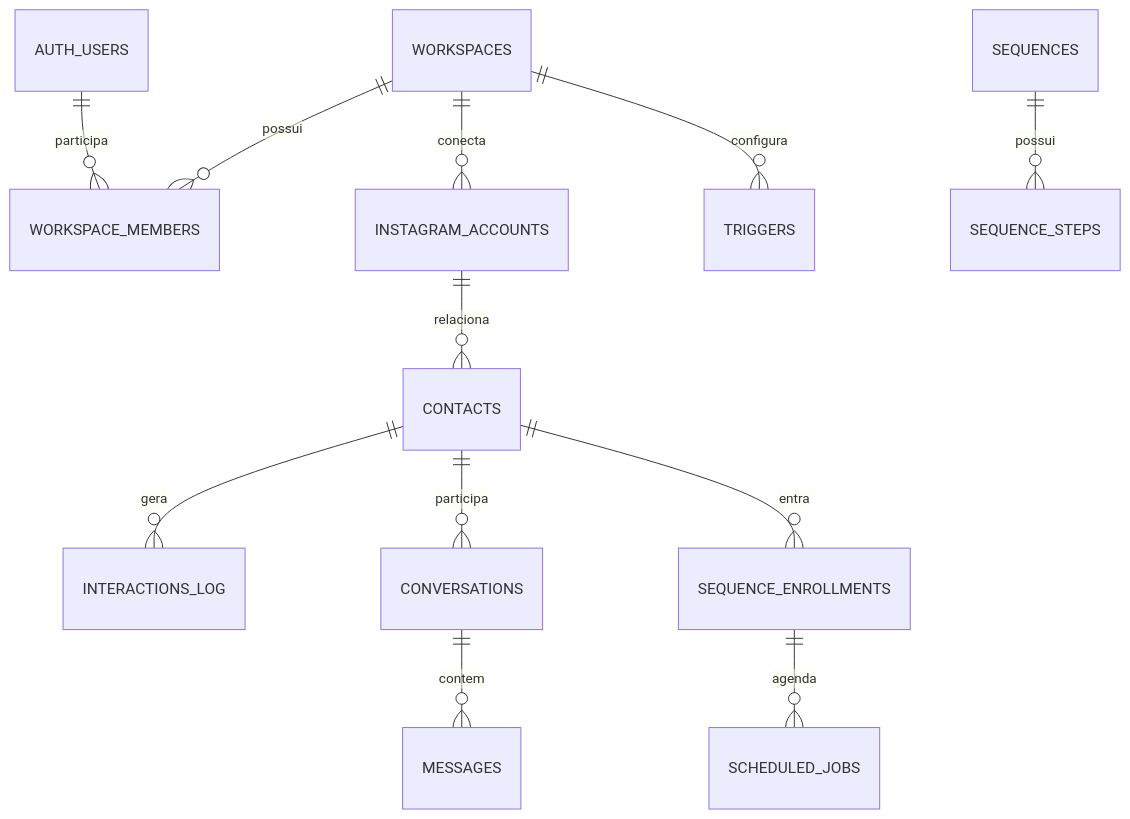
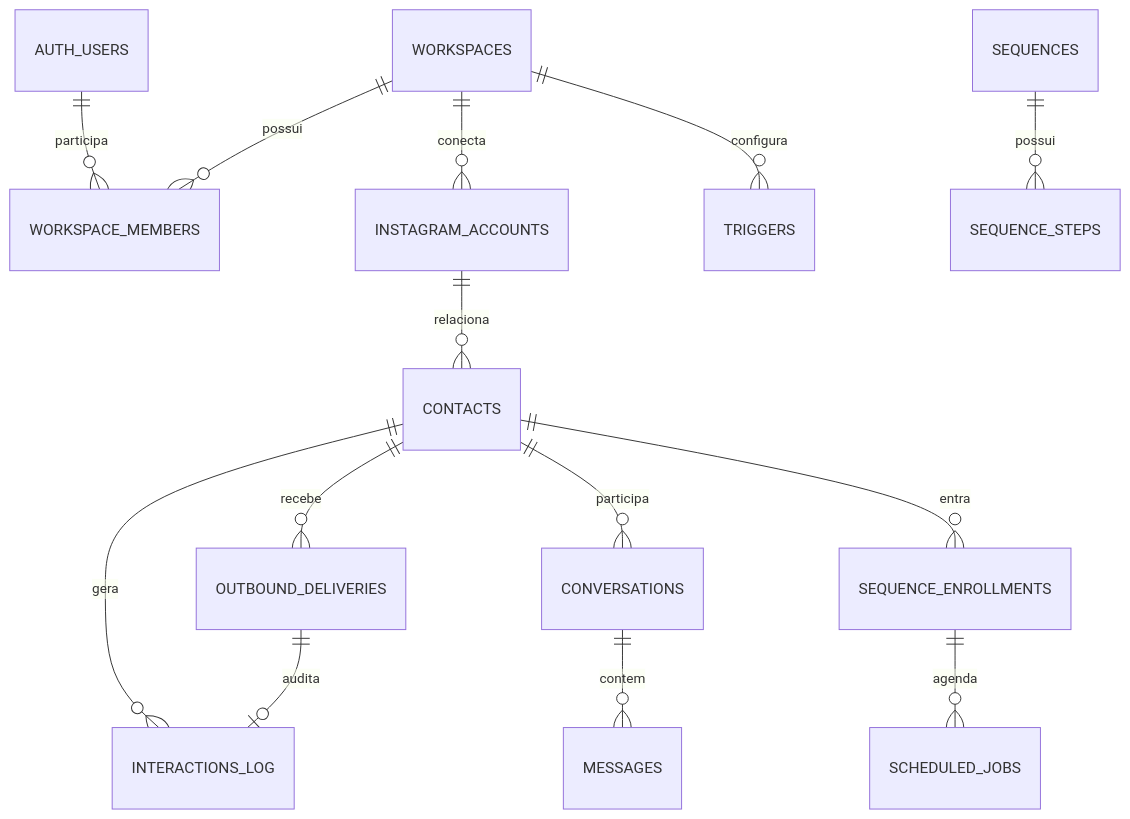
The diagram in docs/BANCO_DE_DADOS.md (ShunWalChin/WalChat), drawn with Mermaid before and after one commit. The commit also changed other lines of this file and 94 other files, not shown here.

````diff
--- a/docs/BANCO_DE_DADOS.md
+++ b/docs/BANCO_DE_DADOS.md
@@ -7,14 +7,16 @@
 ```mermaid
 erDiagram
     AUTH_USERS ||--o{ WORKSPACE_MEMBERS : participa
     WORKSPACES ||--o{ WORKSPACE_MEMBERS : possui
     WORKSPACES ||--o{ INSTAGRAM_ACCOUNTS : conecta
     INSTAGRAM_ACCOUNTS ||--o{ CONTACTS : relaciona
     CONTACTS ||--o{ INTERACTIONS_LOG : gera
+    CONTACTS ||--o{ OUTBOUND_DELIVERIES : recebe
+    OUTBOUND_DELIVERIES ||--o| INTERACTIONS_LOG : audita
     CONTACTS ||--o{ CONVERSATIONS : participa
     CONVERSATIONS ||--o{ MESSAGES : contem
     WORKSPACES ||--o{ TRIGGERS : configura
     SEQUENCES ||--o{ SEQUENCE_STEPS : possui
     CONTACTS ||--o{ SEQUENCE_ENROLLMENTS : entra
     SEQUENCE_ENROLLMENTS ||--o{ SCHEDULED_JOBS : agenda
 ```
````
